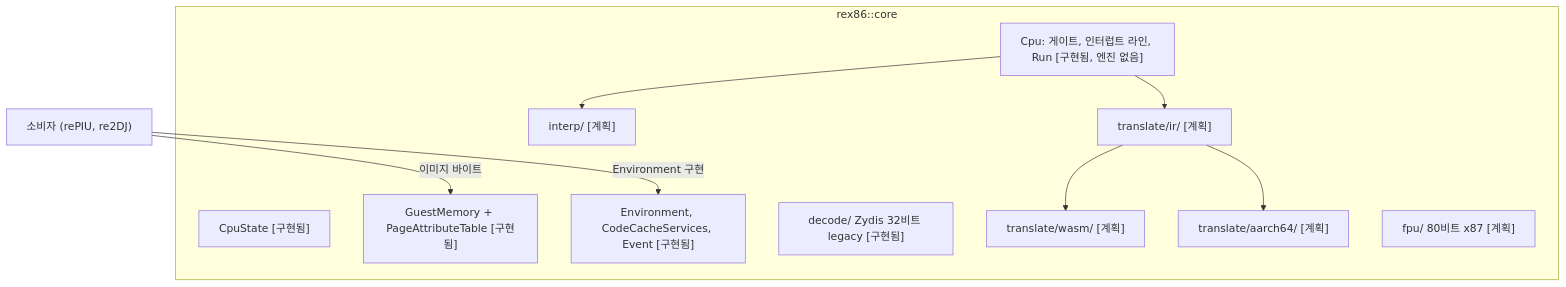
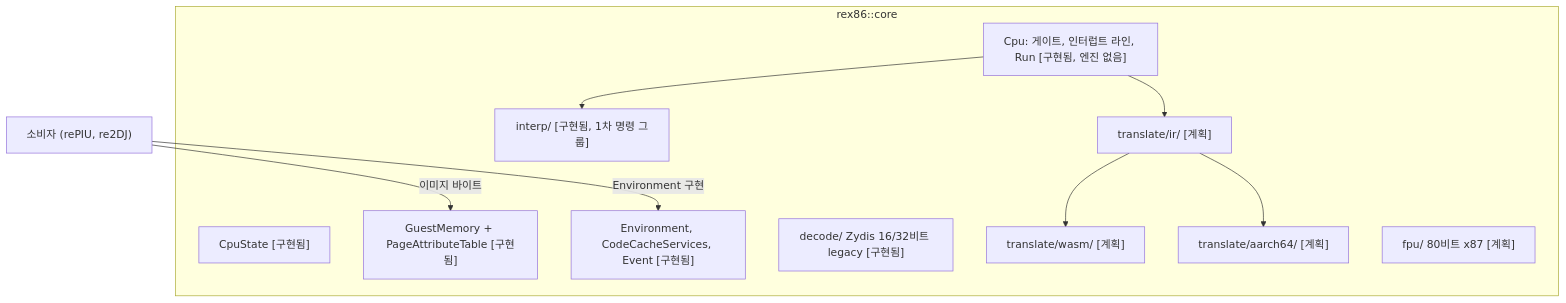
One commit to reexec/rex86 changed the diagram in ARCHITECTURE.md. Above: the diagram before and after it, drawn with Mermaid. The commit also changed other lines of this file and 22 other files, not shown here.

````diff
--- a/ARCHITECTURE.md
+++ b/ARCHITECTURE.md
@@ -9,21 +9,21 @@
 ```mermaid
 flowchart TB
     subgraph CORE["rex86::core"]
         STATE["CpuState [구현됨]"]
         MEM["GuestMemory + PageAttributeTable [구현됨]"]
         ENV["Environment, CodeCacheServices, Event [구현됨]"]
         CPU["Cpu: 게이트, 인터럽트 라인, Run [구현됨, 엔진 없음]"]
-        DEC["decode/ Zydis 32비트 legacy [구현됨]"]
-        INT["interp/ [계획]"]
+        DEC["decode/ Zydis 16/32비트 legacy [구현됨]"]
+        INT["interp/ [구현됨, 1차 명령 그룹]"]
         IR["translate/ir/ [계획]"]
         WASM["translate/wasm/ [계획]"]
         A64["translate/aarch64/ [계획]"]
         FPU["fpu/ 80비트 x87 [계획]"]
     end
     HOST["소비자 (rePIU, re2DJ)"] -- "Environment 구현" --> ENV
     HOST -- "이미지 바이트" --> MEM
     CPU --> INT
     CPU --> IR
     IR --> WASM
     IR --> A64
 ```
````
